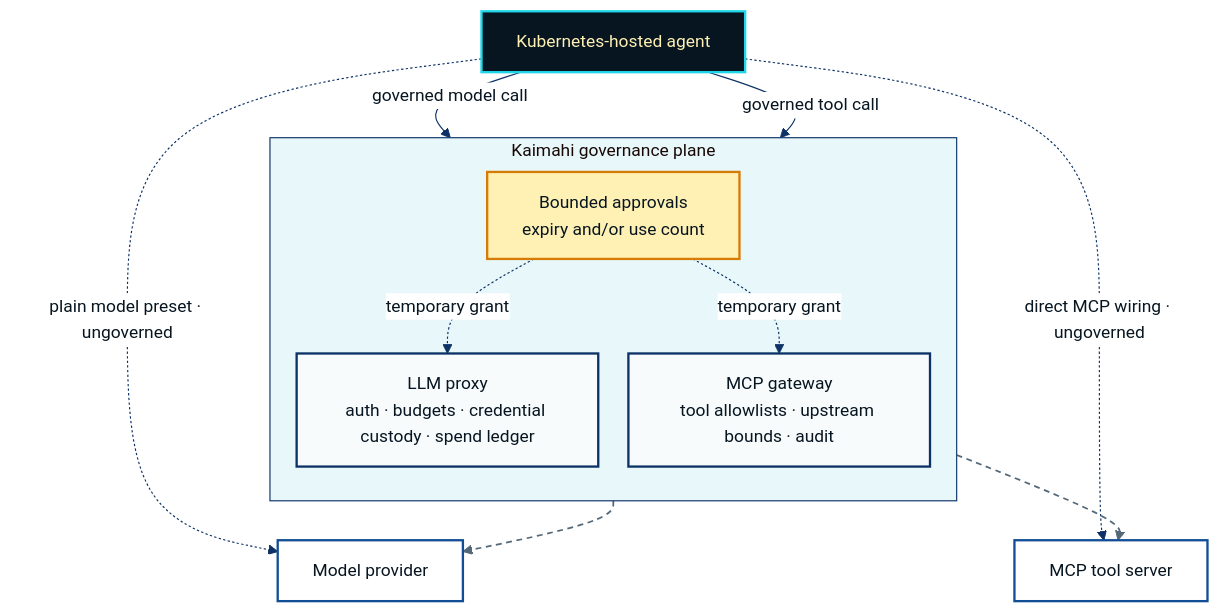
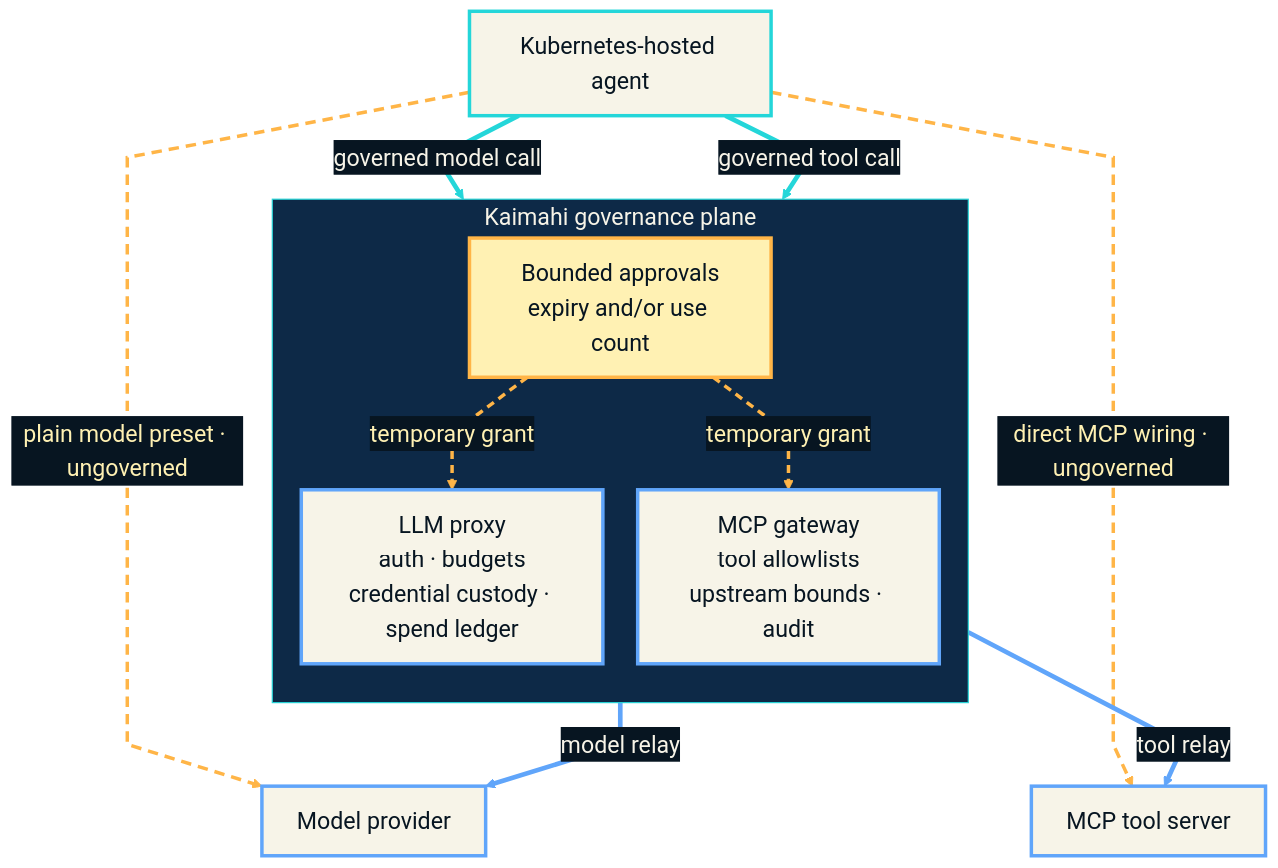
Before and after one commit to gambtho/tomte: the diagram in docs/assets/architecture.mmd, drawn with Mermaid. The commit also changed 1 other file, not shown here.

Commit message:
docs: refine governance architecture diagram

```diff
--- a/docs/assets/architecture.mmd
+++ b/docs/assets/architecture.mmd
@@ -1,32 +1,35 @@
-%%{init: {"theme": "base", "flowchart": {"htmlLabels": true, "nodeSpacing": 26, "rankSpacing": 34, "curve": "basis"}, "themeVariables": {"fontFamily": "Arial, Helvetica, sans-serif", "fontSize": "15px", "primaryColor": "#F7FBFC", "primaryTextColor": "#071521", "primaryBorderColor": "#0D3266", "lineColor": "#0D3266", "edgeLabelBackground": "#FFFFFF", "clusterBkg": "#E8F7FA", "clusterBorder": "#0D3266", "tertiaryColor": "#E8F7FA"}}}%%
+%%{init: {"theme": "base", "flowchart": {"htmlLabels": true, "nodeSpacing": 30, "rankSpacing": 42, "curve": "linear"}, "themeVariables": {"background": "#071521", "fontFamily": "Arial, Helvetica, sans-serif", "fontSize": "20px", "textColor": "#F7F4E8", "titleColor": "#F7F4E8", "primaryColor": "#F7F4E8", "primaryTextColor": "#071521", "primaryBorderColor": "#24D6D9", "lineColor": "#24D6D9", "edgeLabelBackground": "#071521", "clusterBkg": "#0D2947", "clusterBorder": "#24D6D9", "tertiaryColor": "#0D2947"}}}%%
 flowchart TB
     A["Kubernetes-hosted agent"]
 
     subgraph K["Kaimahi governance plane"]
       direction TB
       P["Bounded approvals<br/>expiry and/or use count"]
-      L["LLM proxy<br/>auth · budgets · credential custody · spend ledger"]
-      T["MCP gateway<br/>tool allowlists · upstream bounds · audit"]
+      L["LLM proxy<br/>auth · budgets<br/>credential custody · spend ledger"]
+      T["MCP gateway<br/>tool allowlists<br/>upstream bounds · audit"]
       P -. "temporary grant" .-> L
       P -. "temporary grant" .-> T
     end
 
     M["Model provider"]
     X["MCP tool server"]
 
     A -->|"governed model call"| L
     A -->|"governed tool call"| T
-    L --> M
-    T --> X
+    L -->|"model relay"| M
+    T -->|"tool relay"| X
     A -. "plain model preset · ungoverned" .-> M
     A -. "direct MCP wiring · ungoverned" .-> X
 
-    classDef agent fill:#071521,color:#FFF1B3,stroke:#20D6E8,stroke-width:2px;
-    classDef control fill:#F7FBFC,color:#071521,stroke:#0D3266,stroke-width:2px;
-    classDef approval fill:#FFF1B3,color:#071521,stroke:#D67A08,stroke-width:2px;
-    classDef target fill:#FFFFFF,color:#071521,stroke:#124E96,stroke-width:2px;
+    classDef agent fill:#F7F4E8,color:#071521,stroke:#24D6D9,stroke-width:3px;
+    classDef control fill:#F7F4E8,color:#071521,stroke:#60A5FA,stroke-width:3px;
+    classDef approval fill:#FFF1B3,color:#071521,stroke:#FFB547,stroke-width:3px;
+    classDef target fill:#F7F4E8,color:#071521,stroke:#60A5FA,stroke-width:3px;
     class A agent;
     class L,T control;
     class P approval;
     class M,X target;
-    linkStyle 4,5 stroke:#536878,stroke-width:1.5px,stroke-dasharray:5 4;
+    linkStyle 0,1 stroke:#FFB547,color:#FFF1B3,stroke-width:3px,stroke-dasharray:7 5;
+    linkStyle 2,3 stroke:#24D6D9,color:#F7F4E8,stroke-width:4px;
+    linkStyle 4,5 stroke:#60A5FA,color:#F7F4E8,stroke-width:4px;
+    linkStyle 6,7 stroke:#FFB547,color:#FFF1B3,stroke-width:3px,stroke-dasharray:9 6;
```
